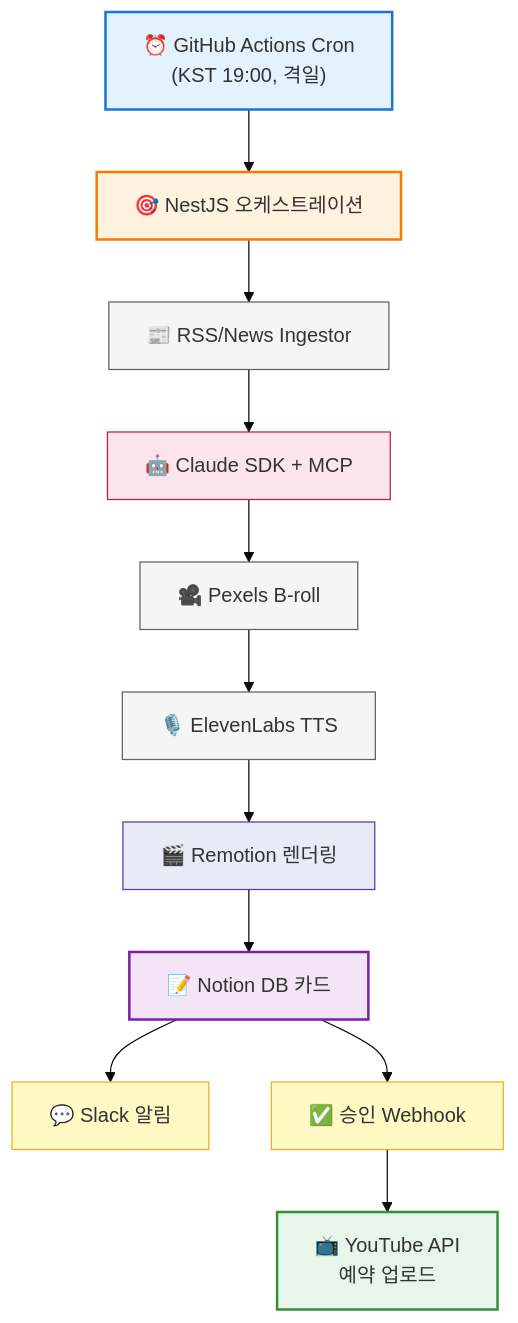
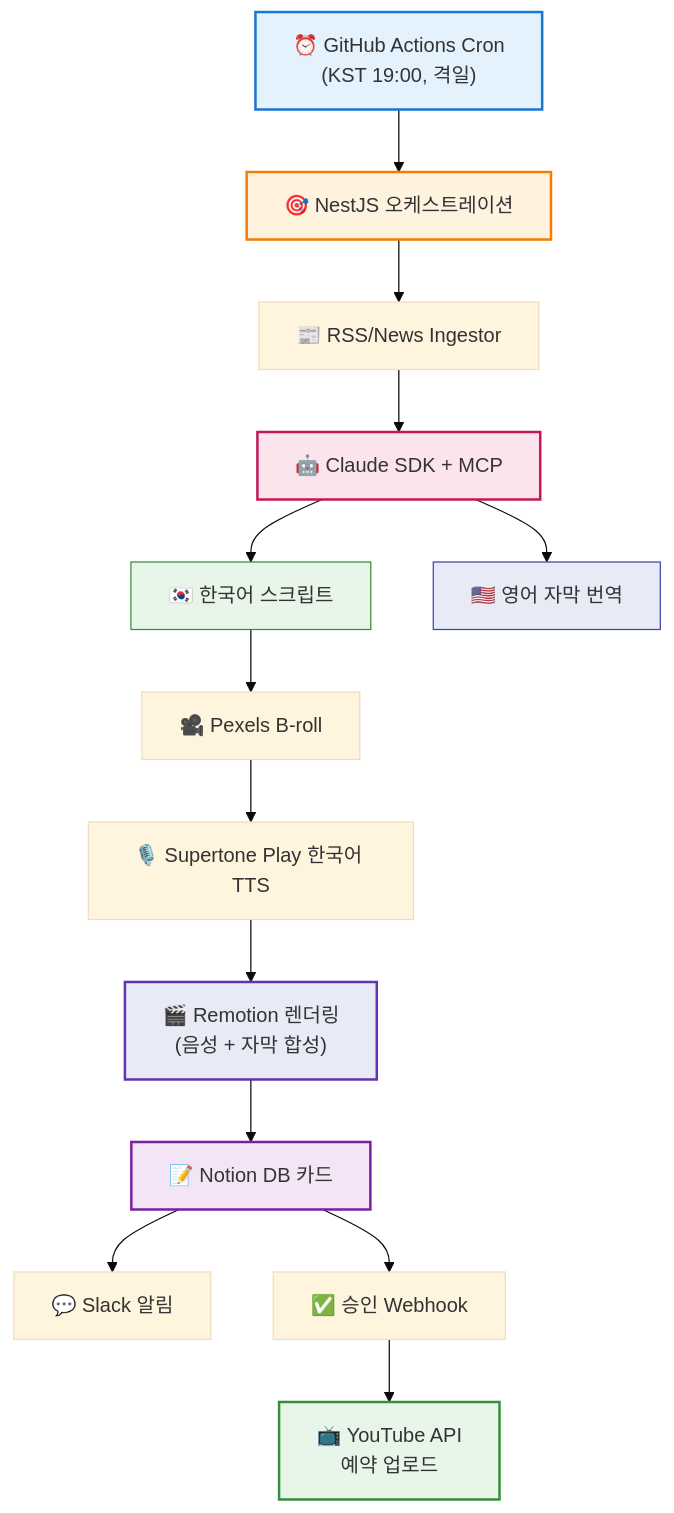
One commit to imjane72-lab/layer-studio-pipeline changed the diagram in README.md. Above: the diagram before and after it, drawn with Mermaid (base theme). The commit also changed other lines of this file, not shown here.

First line of the commit message:
docs(readme): switch TTS provider from ElevenLabs to Supertone Play

````diff
--- a/README.md
+++ b/README.md
@@ -42,29 +65,28 @@
 ```mermaid
 flowchart TD
     A["⏰ GitHub Actions Cron<br/>(KST 19:00, 격일)"] --> B["🎯 NestJS 오케스트레이션"]
     
     B --> C["📰 RSS/News Ingestor"]
     C --> D["🤖 Claude SDK + MCP"]
-    D --> E["🎥 Pexels B-roll"]
-    E --> F["🎙️ ElevenLabs TTS"]
-    F --> G["🎬 Remotion 렌더링"]
+    D --> E["🇰🇷 한국어 스크립트"]
+    D --> F["🇺🇸 영어 자막 번역"]
+    E --> G["🎥 Pexels B-roll"]
+    G --> H["🎙️ Supertone Play 한국어 TTS"]
+    H --> I["🎬 Remotion 렌더링<br/>(음성 + 자막 합성)"]
     
-    G --> H["📝 Notion DB 카드"]
+    I --> J["📝 Notion DB 카드"]
     
-    H --> I["💬 Slack 알림"]
-    H --> J["✅ 승인 Webhook"]
+    J --> K["💬 Slack 알림"]
+    J --> L["✅ 승인 Webhook"]
     
-    J --> K["📺 YouTube API<br/>예약 업로드"]
+    L --> M["📺 YouTube API<br/>예약 업로드"]
     
     style A fill:#e3f2fd,stroke:#1976d2,stroke-width:2px
     style B fill:#fff3e0,stroke:#f57c00,stroke-width:2px
-    style C fill:#f5f5f5,stroke:#616161
-    style D fill:#fce4ec,stroke:#c2185b
-    style E fill:#f5f5f5,stroke:#616161
-    style F fill:#f5f5f5,stroke:#616161
-    style G fill:#e8eaf6,stroke:#5e35b1
-    style H fill:#f3e5f5,stroke:#7b1fa2,stroke-width:2px
-    style I fill:#fff9c4,stroke:#f9a825
-    style J fill:#fff9c4,stroke:#f9a825
-    style K fill:#e8f5e9,stroke:#388e3c,stroke-width:2px
+    style D fill:#fce4ec,stroke:#c2185b,stroke-width:2px
+    style E fill:#e8f5e9,stroke:#388e3c
+    style F fill:#e8eaf6,stroke:#3949ab
+    style I fill:#e8eaf6,stroke:#5e35b1,stroke-width:2px
+    style J fill:#f3e5f5,stroke:#7b1fa2,stroke-width:2px
+    style M fill:#e8f5e9,stroke:#388e3c,stroke-width:2px
 ```
````
